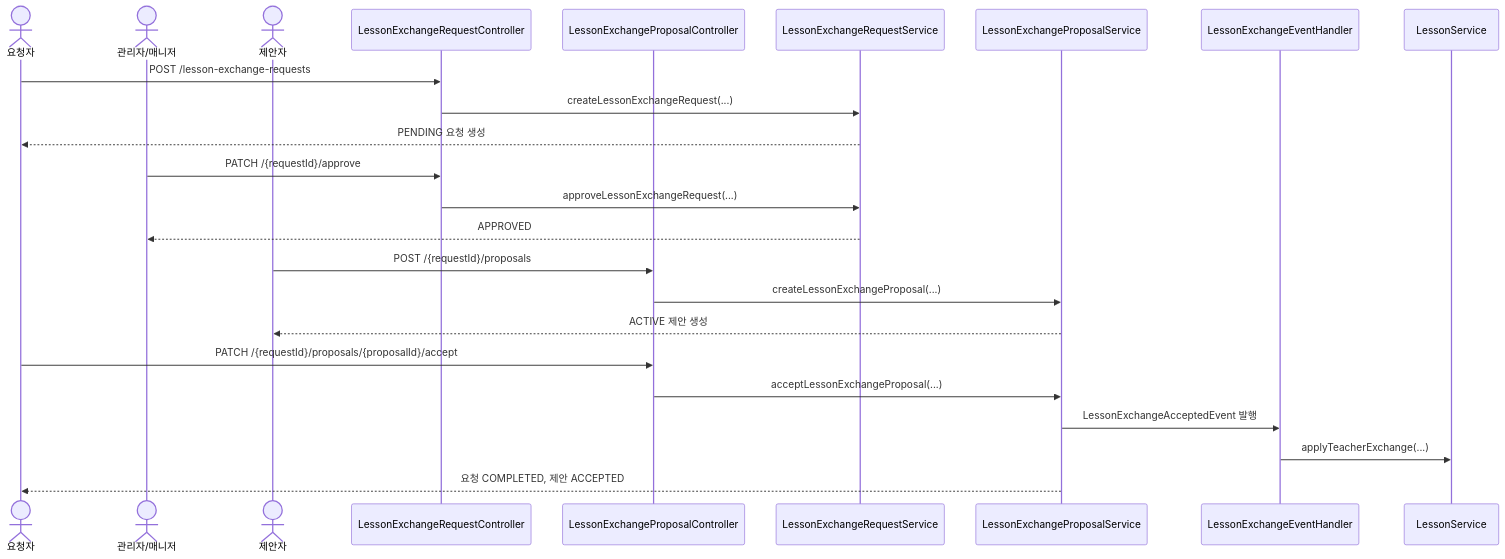
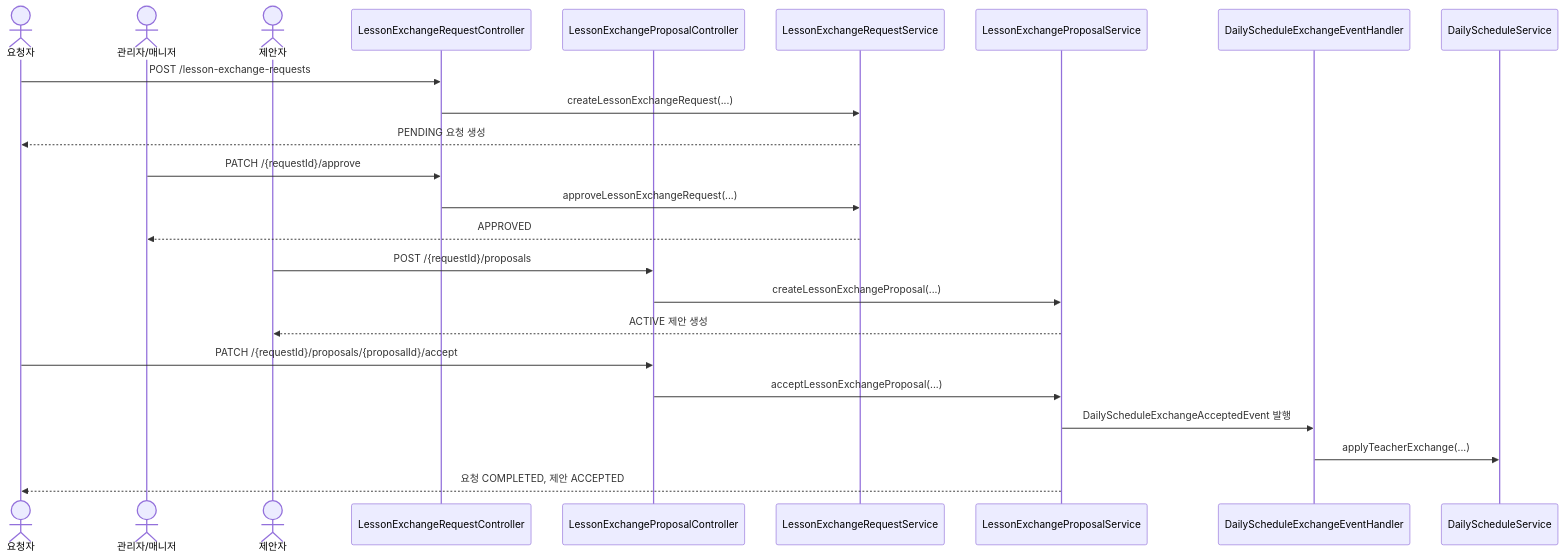
Before and after one commit to Geumjeongyahak/Backend: the first of 2 diagrams in docs/api/Requests.md, drawn with Mermaid. The commit also changed other lines of this file and 37 other files, not shown here.

First line of the commit message:
feat(request): 수업 교환을 DailySchedule 기준으로 전환 (#64)

````diff
--- a/docs/api/Requests.md
+++ b/docs/api/Requests.md
@@ -481,30 +481,30 @@
 ```mermaid
 sequenceDiagram
     actor Requester as 요청자
     actor Manager as 관리자/매니저
     actor Proposer as 제안자
     participant RequestAPI as LessonExchangeRequestController
     participant ProposalAPI as LessonExchangeProposalController
     participant RequestService as LessonExchangeRequestService
     participant ProposalService as LessonExchangeProposalService
-    participant EventHandler as LessonExchangeEventHandler
-    participant LessonService as LessonService
+    participant EventHandler as DailyScheduleExchangeEventHandler
+    participant DailyScheduleService as DailyScheduleService
 
     Requester->>RequestAPI: POST /lesson-exchange-requests
     RequestAPI->>RequestService: createLessonExchangeRequest(...)
     RequestService-->>Requester: PENDING 요청 생성
 
     Manager->>RequestAPI: PATCH /{requestId}/approve
     RequestAPI->>RequestService: approveLessonExchangeRequest(...)
     RequestService-->>Manager: APPROVED
 
     Proposer->>ProposalAPI: POST /{requestId}/proposals
     ProposalAPI->>ProposalService: createLessonExchangeProposal(...)
     ProposalService-->>Proposer: ACTIVE 제안 생성
 
     Requester->>ProposalAPI: PATCH /{requestId}/proposals/{proposalId}/accept
     ProposalAPI->>ProposalService: acceptLessonExchangeProposal(...)
-    ProposalService->>EventHandler: LessonExchangeAcceptedEvent 발행
-    EventHandler->>LessonService: applyTeacherExchange(...)
+    ProposalService->>EventHandler: DailyScheduleExchangeAcceptedEvent 발행
+    EventHandler->>DailyScheduleService: applyTeacherExchange(...)
     ProposalService-->>Requester: 요청 COMPLETED, 제안 ACCEPTED
 ```
````
